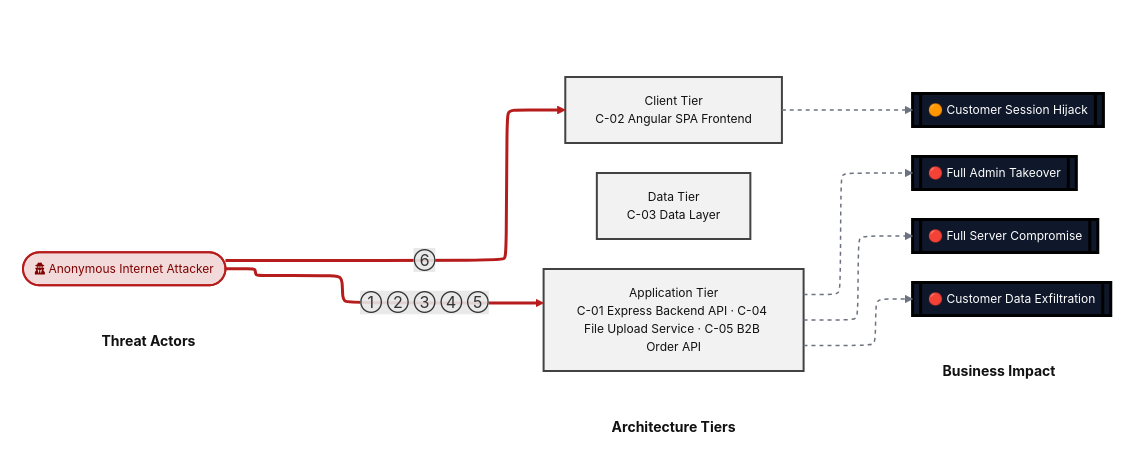
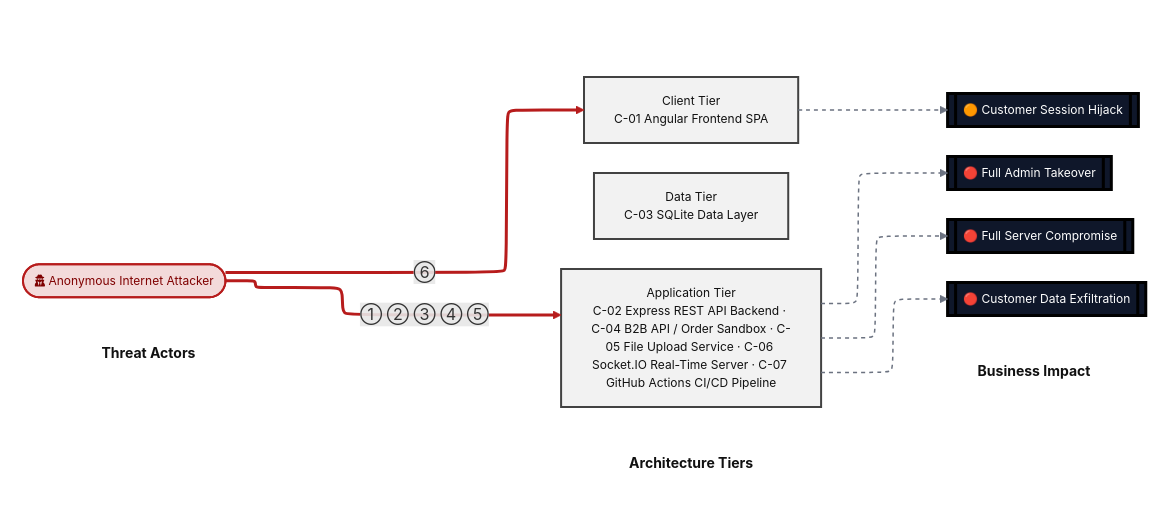
The second of 27 diagrams in examples/threat-modeler/threat-model-juice-shop-standard.md (appsec-foundry/appsec-advisor), drawn with Mermaid before and after one commit. The commit also changed other lines of this file and 3 other files, not shown here.

````diff
--- a/examples/threat-modeler/threat-model-juice-shop-standard.md
+++ b/examples/threat-modeler/threat-model-juice-shop-standard.md
@@ -169,69 +212,69 @@
 ```mermaid
 %%{init: {"flowchart": {"defaultRenderer": "elk", "nodeSpacing": 45, "rankSpacing": 95}} }%%
 flowchart LR
     subgraph ACTORS[" "]
         direction TB
         HDR_A["<b>Threat Actors</b>"]:::columnHeader
         ANON(["fa:fa-user-secret Anonymous Internet Attacker"]):::actorAnon
     end
 
     subgraph TIERS[" "]
         direction TB
         HDR_T["<b>Architecture Tiers</b>"]:::columnHeader
-        BROWSER["Client Tier<br/>C-02 Angular SPA Frontend"]:::tierClient
-        SERVER["Application Tier<br/>C-01 Express Backend API · C-04 File Upload Service · C-05 B2B Order API"]:::tierApp
-        DATA["Data Tier<br/>C-03 Data Layer"]:::tierData
+        BROWSER["Client Tier<br/>C-01 Angular Frontend SPA"]:::tierClient
+        SERVER["Application Tier<br/>C-02 Express REST API Backend · C-04 B2B API / Order Sandbox · C-05 File Upload Service · C-06 Socket.IO Real-Time Server · C-07 GitHub Actions CI/CD Pipeline"]:::tierApp
+        DATA["Data Tier<br/>C-03 SQLite Data Layer"]:::tierData
     end
 
     subgraph IMPACT[" "]
         direction TB
         HDR_I["<b>Business Impact</b>"]:::columnHeader
         CUSTOMER_SESSION_HIJACK[["🟠 Customer Session Hijack"]]:::impact
         FULL_ADMIN_TAKEOVER[["🔴 Full Admin Takeover"]]:::impact
         FULL_SERVER_COMPROMISE[["🔴 Full Server Compromise"]]:::impact
         CUSTOMER_DATA_EXFILTRATION[["🔴 Customer Data Exfiltration"]]:::impact
     end
 
     %% Invisible alignment hints. Two purposes:
     %%   (a) keep per-component alignment edges (e.g. ANON --- SERVER) so the
     %%       forward attack arrows route horizontally without crossing tier
     %%       boxes (the diagram is forward-only: actor → tier → impact, no
     %%       backward relay edges into the actor column);
     %%   (b) chain the three column headers (HDR_A, HDR_T, HDR_I) across
     %%       subgraph boundaries so ELK pins them on the same Y line.
     HDR_A --- HDR_T
     HDR_T --- HDR_I
     ANON --- SERVER
 
     %% Attack arrows
     ANON ==>|" ① ② ③ ④ ⑤  "| SERVER
     ANON ==>|" ⑥  "| BROWSER
 
     %% Consequence arrows (tier → business impact, all LR-forward)
     SERVER -.-> CUSTOMER_DATA_EXFILTRATION
     SERVER -.-> FULL_ADMIN_TAKEOVER
     SERVER -.-> FULL_SERVER_COMPROMISE
     BROWSER -.-> CUSTOMER_SESSION_HIJACK
 
     %% Subgraph frames invisible - column headers are emitted as the
     %% FIRST node of each subgraph (HDR_A / HDR_T / HDR_I) and pinned
     %% on the same Y line by the cross-subgraph alignment edges above.
     style ACTORS fill:none,stroke:none
     style TIERS  fill:none,stroke:none
     style IMPACT fill:none,stroke:none
 
     classDef tierClient fill:#f2f2f2,stroke:#424242,color:#111,stroke-width:2px,font-size:12px
     classDef tierApp    fill:#f2f2f2,stroke:#424242,color:#111,stroke-width:2px,font-size:12px
     classDef tierData   fill:#f2f2f2,stroke:#424242,color:#111,stroke-width:2px,font-size:12px
 
     classDef actorAnon     fill:#f3dada,stroke:#b71c1c,color:#7f0000,stroke-width:2px,font-size:12px
     classDef actorShopUser fill:#e8f1ea,stroke:#2e7d32,color:#1b5e20,stroke-width:2px,font-size:12px
     classDef impact        fill:#0f172a,stroke:#000,color:#fff,stroke-width:3px,font-size:12px
 
     classDef columnHeader  fill:none,stroke:none,color:#111,font-size:14px
 
     linkStyle 0,1,2     stroke:transparent,stroke-width:0px
     linkStyle 3,4     stroke:#b71c1c,stroke-width:3px
     linkStyle 5,6,7,8     stroke:#6b7280,stroke-width:1.5px,stroke-dasharray:4
 
 ```
````
